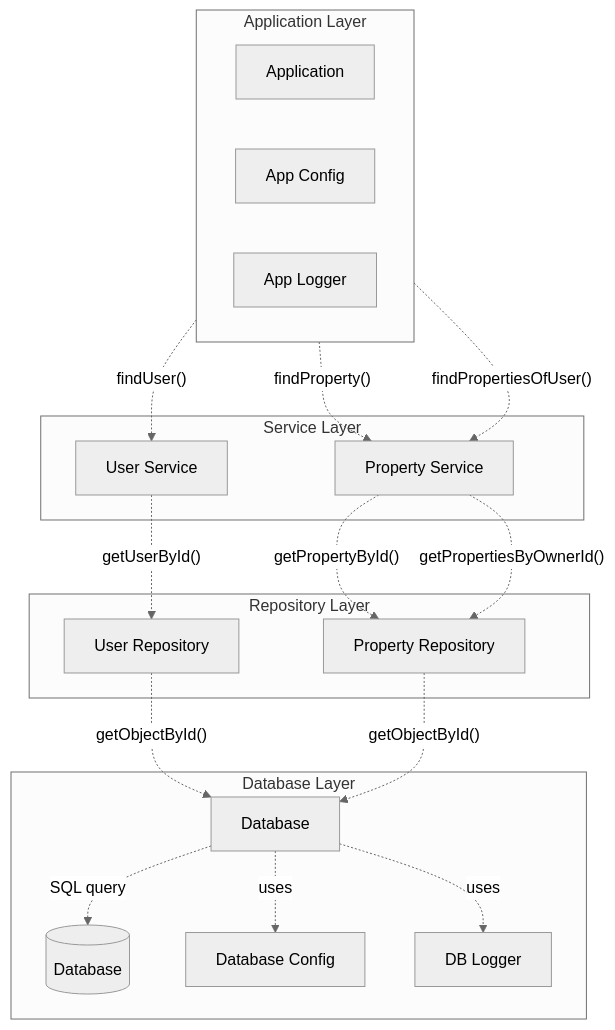
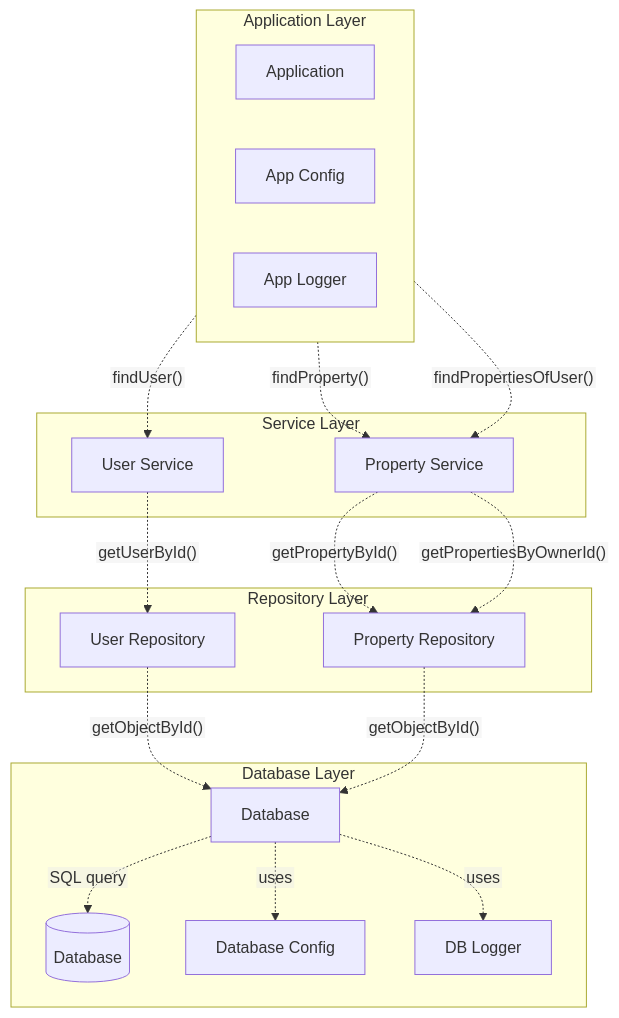
One commit to HivemindTechnologies/zlayers-article changed the diagram in README.md. Above: the diagram before and after it, drawn with Mermaid.

Commit message:
Change theme again

````diff
--- a/README.md
+++ b/README.md
@@ -10,36 +10,36 @@
 ```mermaid
-%%{init: {'theme': 'neutral'}}%%
+%%{init: {"flowchart": {"htmlLabels": false}} }%%
 flowchart TB
 subgraph appLayer["Application Layer"]
     direction LR
     app["Application"]
     appConfig["App Config"]
     appLogger["App Logger"]
 end
 
 subgraph serviceLayer["Service Layer"]
     propService["Property Service"]
     userService["User Service"]
 end
 
 subgraph repoLayer["Repository Layer"]
     userRepo["User Repository"]
     propRepo["Property Repository"]
 end
 
 subgraph dbLayer["Database Layer"]
     database["Database"]
     db[(Database)]
     dbConfig["Database Config"]
     dbLogger["DB Logger"]
 end
 
 app -. "findUser()" .-> userService -. "getUserById()" .-> userRepo -. "getObjectById()" .-> database -. "SQL query" .-> db
 
 app -. "findProperty()" .-> propService -. "getPropertyById()" .-> propRepo -. "getObjectById()" .-> database
 
 app -. "findPropertiesOfUser()" .-> propService -. "getPropertiesByOwnerId()" .-> propRepo
 
 database -. "uses" .-> dbLogger
 database -. "uses" .-> dbConfig
 ```
````
